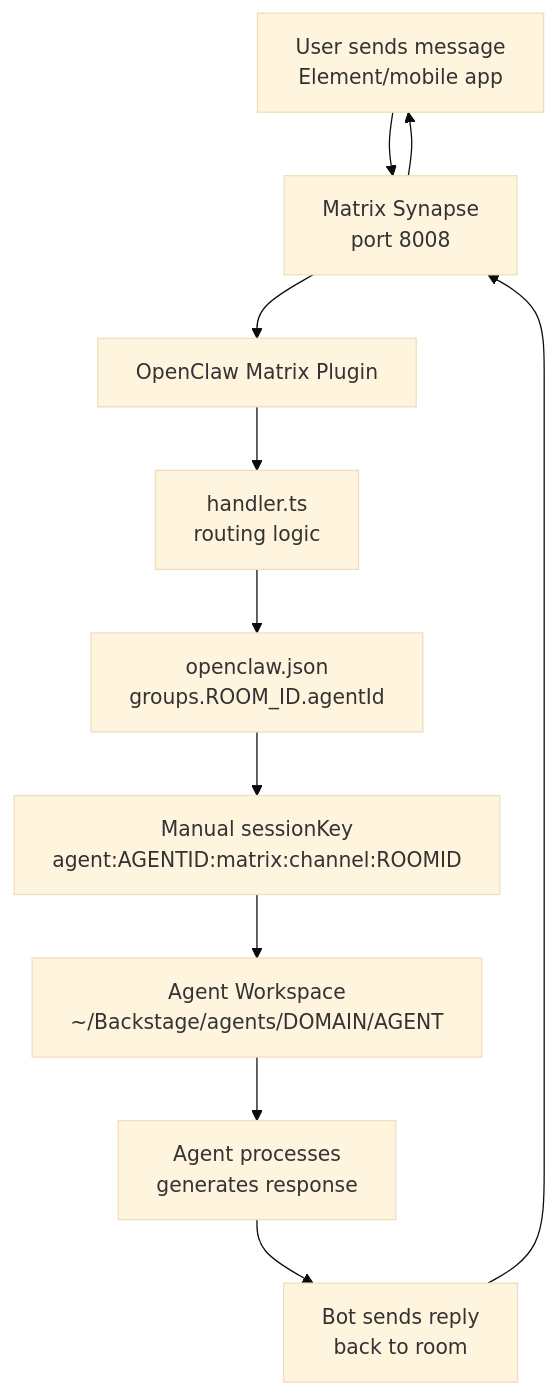
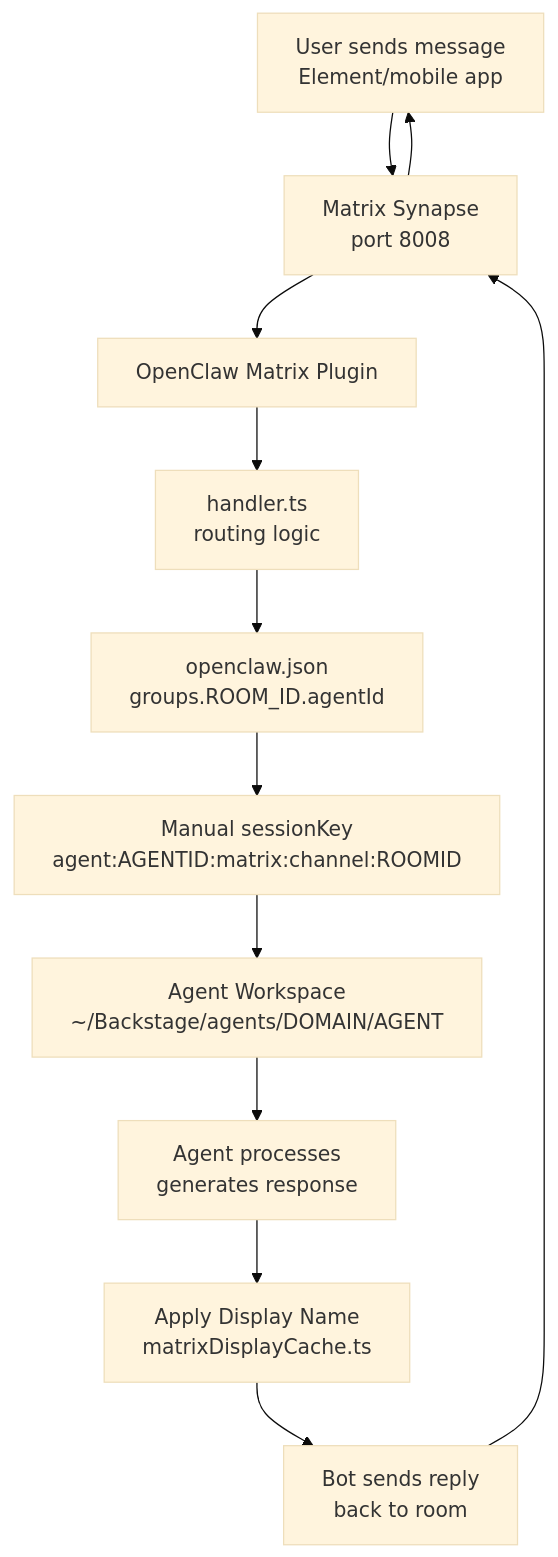
The diagram in projects/backstage/epics/v3.6.0/matrix-message-flow.md (nonlinear/backstage), drawn with Mermaid (base theme) before and after one commit. The commit also changed other lines of this file and 2 other files, not shown here.

Commit message:
Epic v3.6.0: Update Matrix docs with lifecycle + display name/avatar implementation 🔒✨

````diff
--- a/projects/backstage/epics/v3.6.0/matrix-message-flow.md
+++ b/projects/backstage/epics/v3.6.0/matrix-message-flow.md
@@ -16,23 +16,25 @@
 ```mermaid
 flowchart TD
     USER[User sends message<br/>Element/mobile app]
     SYNAPSE[Matrix Synapse<br/>port 8008]
     PLUGIN[OpenClaw Matrix Plugin]
     HANDLER[handler.ts<br/>routing logic]
     CONFIG[openclaw.json<br/>groups.ROOM_ID.agentId]
     SESSION[Manual sessionKey<br/>agent:AGENTID:matrix:channel:ROOMID]
     AGENT[Agent Workspace<br/>~/Backstage/agents/DOMAIN/AGENT]
     RESPONSE[Agent processes<br/>generates response]
+    DISPLAY[Apply Display Name<br/>matrixDisplayCache.ts]
     SEND[Bot sends reply<br/>back to room]
     
     USER --> SYNAPSE
     SYNAPSE --> PLUGIN
     PLUGIN --> HANDLER
     HANDLER --> CONFIG
     CONFIG --> SESSION
     SESSION --> AGENT
     AGENT --> RESPONSE
-    RESPONSE --> SEND
+    RESPONSE --> DISPLAY
+    DISPLAY --> SEND
     SEND --> SYNAPSE
     SYNAPSE --> USER
 ```
````
